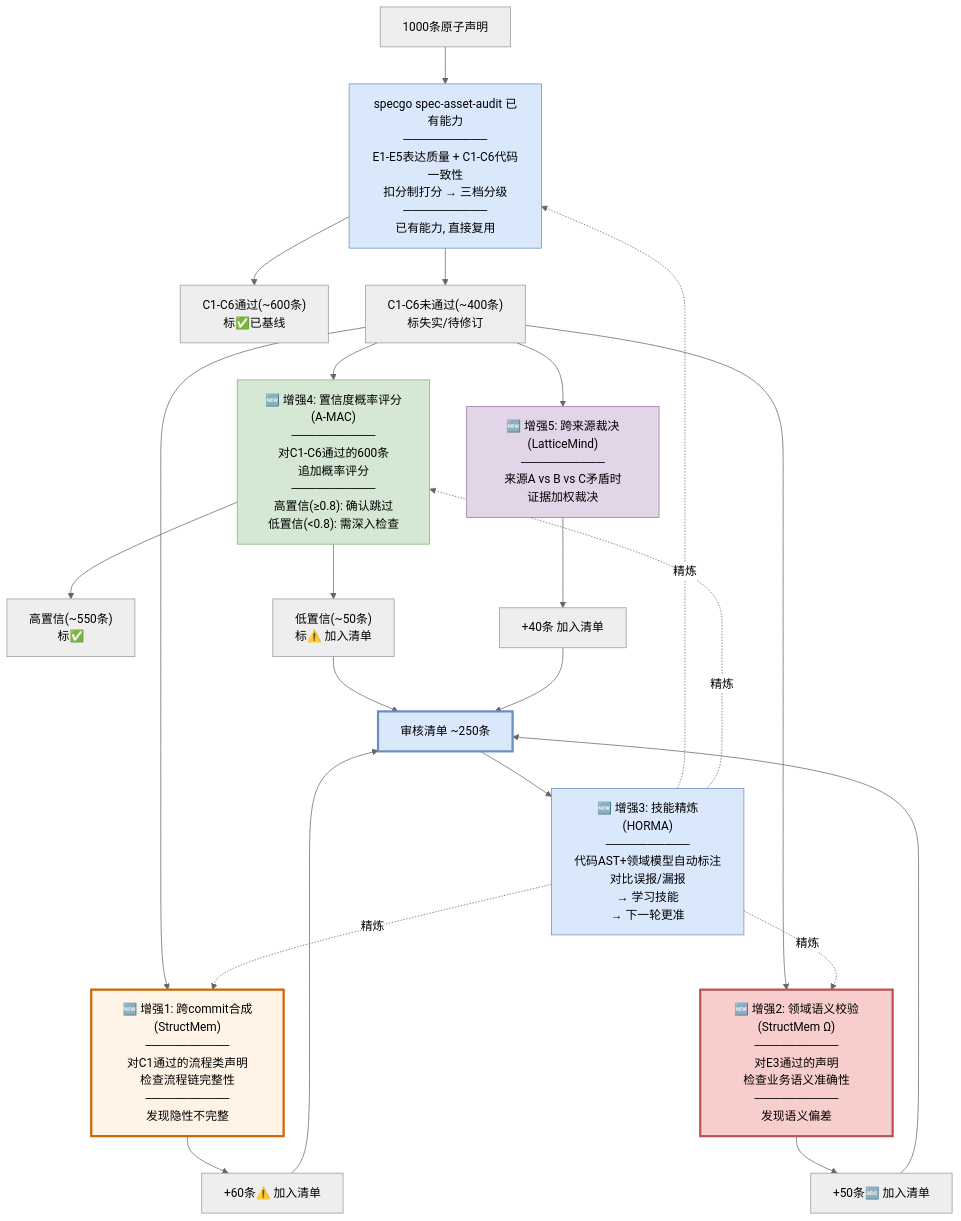
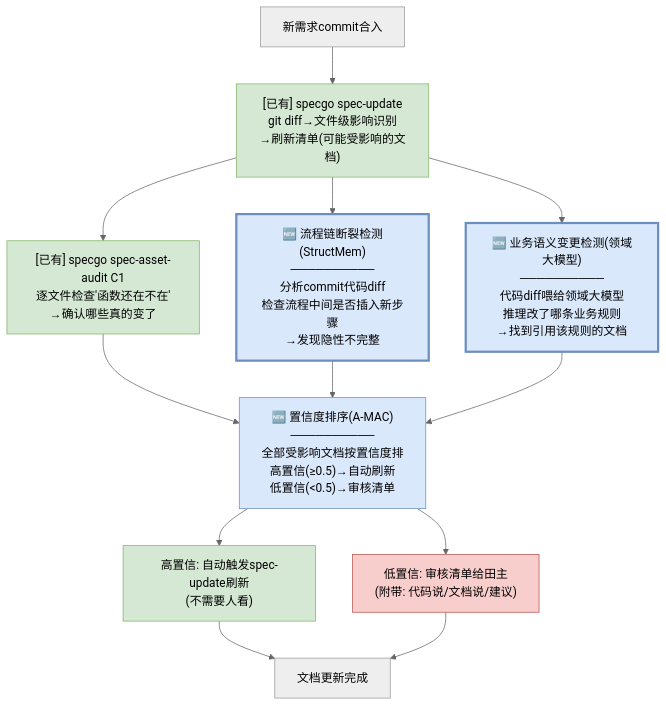
Before and after one commit to hututuxinyu/Memory: the second of 3 diagrams in POC/存量知识资产治理完整解决方案.md, drawn with Mermaid (neutral theme). The commit also changed other lines of this file, not shown here.

Commit message:
feat: rewrite solution with 3-phase approach - Phase 1 generation prevention (domain LLM+AST+type prior), Phase 2 commit-merge incremental sync (flow chain+semantic+confidence), Phase 3 continuous refinement; shift from post-detection to source prevention

````diff
--- a/POC/存量知识资产治理完整解决方案.md
+++ b/POC/存量知识资产治理完整解决方案.md
@@ -463,42 +347,28 @@
 ```mermaid
 flowchart TD
-    A["1000条原子声明"] 
+    A["新需求commit合入"] --> B["[已有] specgo spec-update<br/>git diff→文件级影响识别<br/>→刷新清单(可能受影响的文档)"]
     
-    A --> B["specgo spec-asset-audit 已有能力<br/>──────────<br/>E1-E5表达质量 + C1-C6代码一致性<br/>扣分制打分 → 三档分级<br/>──────────<br/>已有能力, 直接复用"]
+    B --> C["[已有] specgo spec-asset-audit C1<br/>逐文件检查'函数还在不在'<br/>→确认哪些真的变了"]
     
-    B --> B1["C1-C6通过(~600条)<br/>标✅已基线"]
-    B --> B2["C1-C6未通过(~400条)<br/>标失实/待修订"]
+    B --> D["🆕 流程链断裂检测(StructMem)<br/>──────────<br/>分析commit代码diff<br/>检查流程中间是否插入新步骤<br/>→发现隐性不完整"]
     
-    B2 --> C["🆕 增强4: 置信度概率评分(A-MAC)<br/>──────────<br/>对C1-C6通过的600条<br/>追加概率评分<br/>──────────<br/>高置信(≥0.8): 确认跳过<br/>低置信(<0.8): 需深入检查"]
+    B --> E["🆕 业务语义变更检测(领域大模型)<br/>──────────<br/>代码diff喂给领域大模型<br/>推理改了哪条业务规则<br/>→找到引用该规则的文档"]
     
-    C --> C1["高置信(~550条)<br/>标✅"]
-    C --> C2["低置信(~50条)<br/>标⚠️ 加入清单"]
+    C --> F["🆕 置信度排序(A-MAC)<br/>──────────<br/>全部受影响文档按置信度排<br/>高置信(≥0.5)→自动刷新<br/>低置信(<0.5)→审核清单"]
+    D --> F
+    E --> F
     
-    B2 --> D["🆕 增强1: 跨commit合成(StructMem)<br/>──────────<br/>对C1通过的流程类声明<br/>检查流程链完整性<br/>──────────<br/>发现隐性不完整"]
-    D --> D1["+60条⚠️ 加入清单"]
+    F --> G["高置信: 自动触发spec-update刷新<br/>(不需要人看)"]
+    F --> H["低置信: 审核清单给田主<br/>(附带: 代码说/文档说/建议)"]
     
-    B2 --> E["🆕 增强2: 领域语义校验(StructMem Ω)<br/>──────────<br/>对E3通过的声明<br/>检查业务语义准确性<br/>──────────<br/>发现语义偏差"]
-    E --> E1["+50条🔤 加入清单"]
-    
-    B2 --> F["🆕 增强5: 跨来源裁决(LatticeMind)<br/>──────────<br/>来源A vs B vs C矛盾时<br/>证据加权裁决"]
-    F --> F1["+40条 加入清单"]
-    
-    D1 --> G["审核清单 ~250条"]
-    E1 --> G
-    C2 --> G
-    F1 --> G
-    
-    G --> H["🆕 增强3: 技能精炼(HORMA)<br/>──────────<br/>代码AST+领域模型自动标注<br/>对比误报/漏报<br/>→ 学习技能<br/>→ 下一轮更准"]
-    H -.->|"精炼"| B
-    H -.->|"精炼"| C
-    H -.->|"精炼"| D
-    H -.->|"精炼"| E
+    G --> I["文档更新完成"]
+    H --> I
 
-    style B fill:#dae8fc,stroke:#6c8ebf
+    style B fill:#d5e8d4,stroke:#82b366
     style C fill:#d5e8d4,stroke:#82b366
-    style D fill:#fff3e6,stroke:#cc6600,stroke-width:3px
-    style E fill:#f8cecc,stroke:#b85450,stroke-width:3px
-    style F fill:#e1d5e7,stroke:#9673a6
-    style H fill:#dae8fc,stroke:#6c8ebf
-    style G fill:#dae8fc,stroke:#6c8ebf,stroke-width:3px
+    style D fill:#dae8fc,stroke:#6c8ebf,stroke-width:3px
+    style E fill:#dae8fc,stroke:#6c8ebf,stroke-width:3px
+    style F fill:#dae8fc,stroke:#6c8ebf
+    style G fill:#d5e8d4,stroke:#82b366
+    style H fill:#f8cecc,stroke:#b85450
 ```
````
